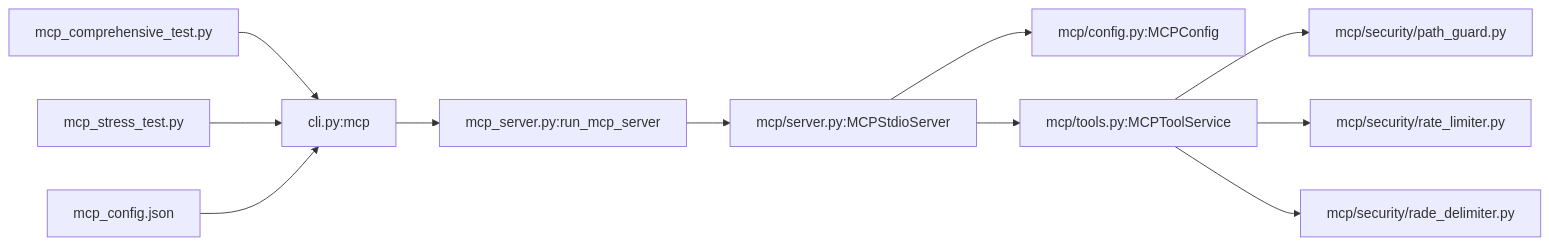
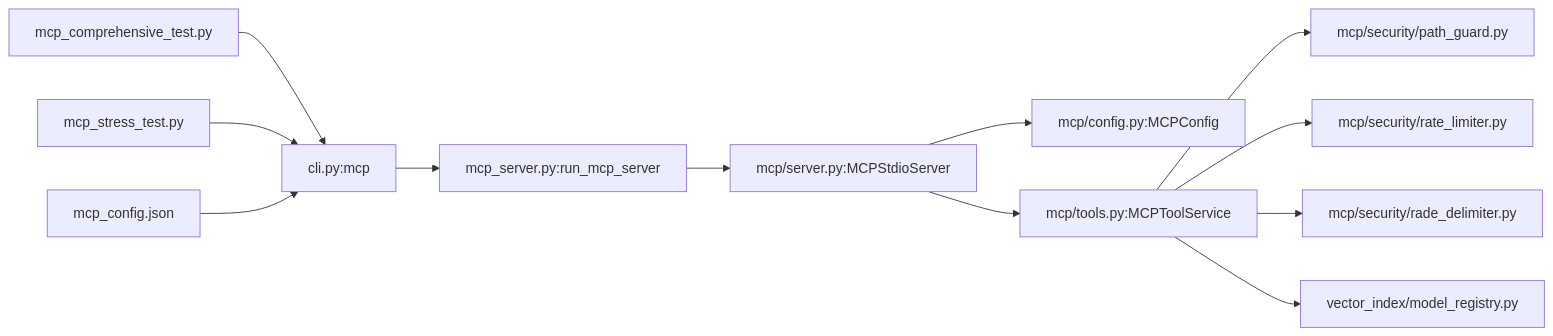
The fifth of 5 diagrams in .qoder/repowiki/en/content/CLI Reference/MCP Server/MCP Server.md (maemreyo/zmr-ctx-paker), drawn with Mermaid before and after one commit. The commit also changed other lines of this file and 94 other files, not shown here.

````diff
--- a/.qoder/repowiki/en/content/CLI Reference/MCP Server/MCP Server.md
+++ b/.qoder/repowiki/en/content/CLI Reference/MCP Server/MCP Server.md
@@ -615,13 +669,14 @@
 ```mermaid
 graph LR
 CLI["cli.py:mcp"] --> WRAP["mcp_server.py:run_mcp_server"]
 WRAP --> SRV["mcp/server.py:MCPStdioServer"]
 SRV --> CFG["mcp/config.py:MCPConfig"]
 SRV --> SVC["mcp/tools.py:MCPToolService"]
 SVC --> PATHG["mcp/security/path_guard.py"]
 SVC --> RL["mcp/security/rate_limiter.py"]
 SVC --> RADE["mcp/security/rade_delimiter.py"]
+SVC --> MR["vector_index/model_registry.py"]
 COMP["mcp_comprehensive_test.py"] --> CLI
 STRESS["mcp_stress_test.py"] --> CLI
 WINDSURF["mcp_config.json"] --> CLI
 ```
````
